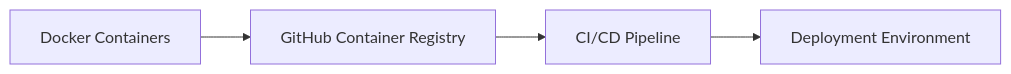
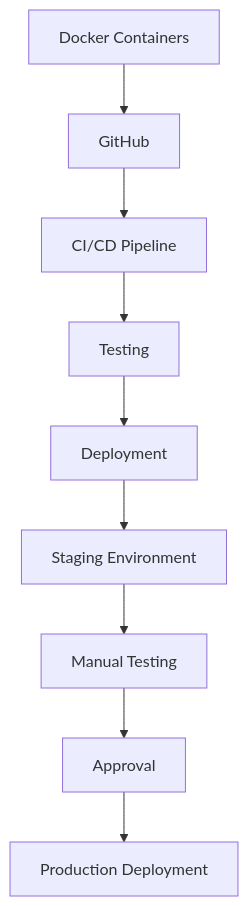
The third of 3 diagrams in docs/project_archetecture.md (binaryloom/TaskManagementSystem), drawn with Mermaid before and after one commit.

Commit message:
Mar 3, 2024, 10:28 PM

````diff
--- a/docs/project_archetecture.md
+++ b/docs/project_archetecture.md
@@ -43,6 +43,11 @@
 ```mermaid
-graph LR;
-    A[Docker Containers] --> B[GitHub Container Registry];
+graph TD;
+    A[Docker Containers] --> B[GitHub];
     B --> C[CI/CD Pipeline];
-    C --> D[Deployment Environment];
+    C --> D[Testing];
+    D --> E[Deployment];
+    E --> F[Staging Environment];
+    F --> G[Manual Testing];
+    G --> H[Approval];
+    H --> I[Production Deployment];
 ```
````
